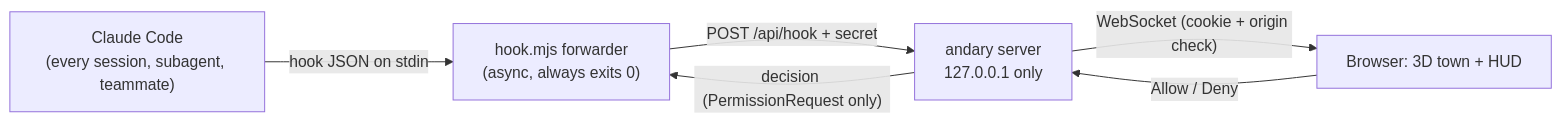
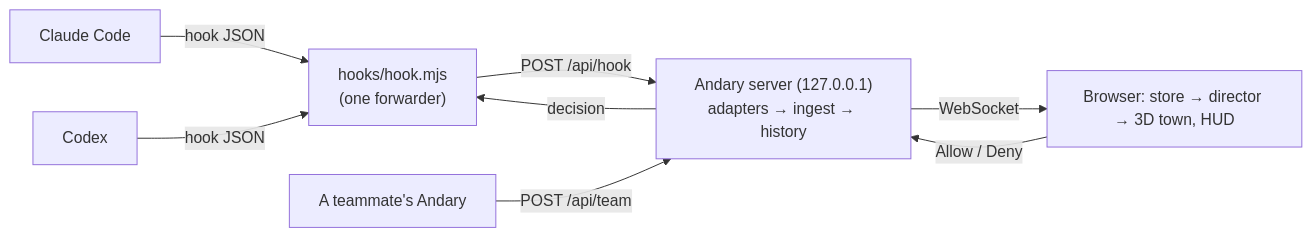
Before and after one commit to eylem2002/andary: the diagram in README.md, drawn with Mermaid. The commit also changed other lines of this file and 28 other files, not shown here.

First line of the commit message:
docs: README usage guide for Claude Code and Codex, sharing, troubleshooting

````diff
--- a/README.md
+++ b/README.md
@@ -155,8 +293,10 @@
 ```mermaid
 flowchart LR
-  CC["Claude Code<br/>(every session, subagent, teammate)"] -- "hook JSON on stdin" --> F["hook.mjs forwarder<br/>(async, always exits 0)"]
-  F -- "POST /api/hook + secret" --> S["andary server<br/>127.0.0.1 only"]
-  S -- "WebSocket (cookie + origin check)" --> B["Browser: 3D town + HUD"]
+  CC["Claude Code"] -- "hook JSON" --> F["hooks/hook.mjs<br/>(one forwarder)"]
+  CX["Codex"] -- "hook JSON" --> F
+  F -- "POST /api/hook" --> S["Andary server (127.0.0.1)<br/>adapters → ingest → history"]
+  T["A teammate's Andary"] -- "POST /api/team" --> S
+  S -- "WebSocket" --> B["Browser: store → director → 3D town, HUD"]
   B -- "Allow / Deny" --> S
-  S -- "decision (PermissionRequest only)" --> F
+  S -- "decision" --> F
 ```
````
